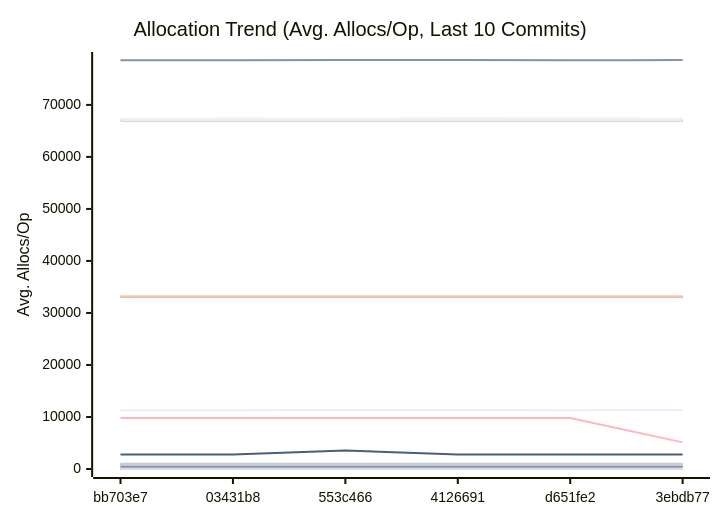
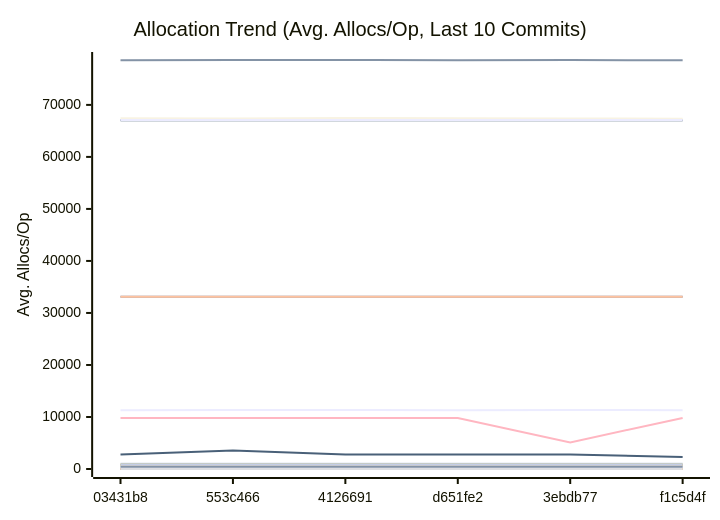
One commit to alsotoes/momo changed the third of 3 diagrams in docs/PERFORMANCE.md. Above: the diagram before and after it, drawn with Mermaid. The commit also changed other lines of this file and 2 other files, not shown here.

````diff
--- a/docs/PERFORMANCE.md
+++ b/docs/PERFORMANCE.md
@@ -360,44 +360,44 @@
 ```mermaid
 xychart-beta
     title "Allocation Trend (Avg. Allocs/Op, Last 10 Commits)"
     x-axis "Commit"
     y-axis "Avg. Allocs/Op"
-    x-axis [bb703e7,03431b8,553c466,4126691,d651fe2,3ebdb77]
-    line "AWSChunkedReaderSigned" [11302,11307,11334,11352,11308,11331,11309,11357,11392,11480]
-    line "AWSChunkedReaderUnsigned" [78584,78583,78611,78631,78600,78609,78603,78751,78742,78802]
+    x-axis [03431b8,553c466,4126691,d651fe2,3ebdb77,f1c5d4f]
+    line "AWSChunkedReaderSigned" [11307,11334,11352,11308,11331,11309,11357,11392,11480,11346]
+    line "AWSChunkedReaderUnsigned" [78583,78611,78631,78600,78609,78603,78751,78742,78802,78690]
     line "CheckMetricsAndSwap" [0,0,0,0,0,0,0,0,0,0]
     line "CrushOptimized" [0,0,0,0,0,0,0,0,0,0]
     line "CrushOriginal" [3,3,3,3,3,3,3,3,3,3]
     line "FormatListObjectsV2XML_AppendFormat" [16,16,16,16,16,16,16,16,16,16]
     line "FormatListObjectsV2XML_OldFormat" [1000,1000,1000,1000,1000,1000,1000,1000,1000,1000]
     line "HashBytes/1MiB" [64,64,64,64,64,64,64,64,64,64]
     line "HashBytes/256MiB" [64,64,64,64,64,64,64,64,64,64]
     line "HashBytes/64MiB" [64,64,64,64,64,64,64,64,64,64]
     line "HashFile/1MiB" [33128,33128,33128,33128,33128,33128,33128,33128,33128,33128]
     line "HashFile/256MiB" [33128,33128,33128,33128,33128,33128,33128,33128,33128,33128]
     line "HashFile/64MiB" [33128,33128,33128,33128,33128,33128,33128,33128,33128,33128]
     line "IndexDirectTracking" [0,0,0,0,0,0,0,0,0,0]
     line "IndexSearch" [0,0,0,0,0,0,0,0,0,0]
     line "LastModifiedHeader_AppendFormat" [0,0,0,0,0,0,0,0,0,0]
     line "LastModifiedHeader_Format" [1,1,1,1,1,1,1,1,1,1]
     line "LoadGlobalConfig" [58,58,58,58,58,58,58,58,58,58]
-    line "LocalWrite/1MiB" [67032,67028,67034,67036,67032,67028,67031,67046,67042,67042]
-    line "LocalWrite/256MiB" [67349,67419,67379,67488,67427,67403,67338,67449,67537,67838]
-    line "LocalWrite/64MiB" [67096,67074,67087,67088,67081,67097,67088,67134,67134,67169]
+    line "LocalWrite/1MiB" [67028,67034,67036,67032,67028,67031,67046,67042,67042,67033]
+    line "LocalWrite/256MiB" [67419,67379,67488,67427,67403,67338,67449,67537,67838,67598]
+    line "LocalWrite/64MiB" [67074,67087,67088,67081,67097,67088,67134,67134,67169,67134]
     line "PadString" [1,1,1,1,1,1,1,1,1,1]
     line "ParseReplicationOrder_NoPrealloc" [6,6,6,6,6,5,5,5,5,5]
     line "ParseReplicationOrder_Prealloc" [2,2,2,2,2,1,1,1,1,1]
     line "Placement" [6,6,6,6,6,6,6,6,6,6]
     line "PlacementDomainSpread" [6,6,6,6,6,6,6,6,6,6]
-    line "ReadVerify/1MiB" [468,467,468,486,478,467,459,484,493,526]
-    line "ReadVerify/256MiB" [9808,9808,9808,9808,9808,5120,9808,9808,9808,9808]
-    line "ReadVerify/64MiB" [2776,2776,3557,2776,2776,2776,2307,2776,3557,5120]
-    line "S3PutSpool/1MiB" [447,447,447,447,447,448,447,448,448,448]
+    line "ReadVerify/1MiB" [467,468,486,478,467,459,484,493,526,438]
+    line "ReadVerify/256MiB" [9808,9808,9808,9808,5120,9808,9808,9808,9808,9808]
+    line "ReadVerify/64MiB" [2776,3557,2776,2776,2776,2307,2776,3557,5120,3557]
+    line "S3PutSpool/1MiB" [447,447,447,447,448,447,448,448,448,448]
     line "S3PutSpool/256MiB" [448,448,448,448,448,448,448,448,448,448]
     line "S3PutSpool/64MiB" [448,448,448,448,448,448,448,448,448,448]
     line "SanitizeLog/Safe" [0,0,0,0,0,0,0,0,0,0]
     line "SanitizeLog/Unsafe" [1,1,1,1,1,1,1,1,1,1]
-    line "TrustedRead/1MiB" [800,800,800,800,800,800,837,800,800,800]
+    line "TrustedRead/1MiB" [800,800,800,800,800,837,800,800,800,800]
     line "TrustedRead/256MiB" [800,800,800,800,800,800,800,800,800,800]
     line "TrustedRead/64MiB" [800,800,800,800,800,800,800,800,800,800]
 ```
````
